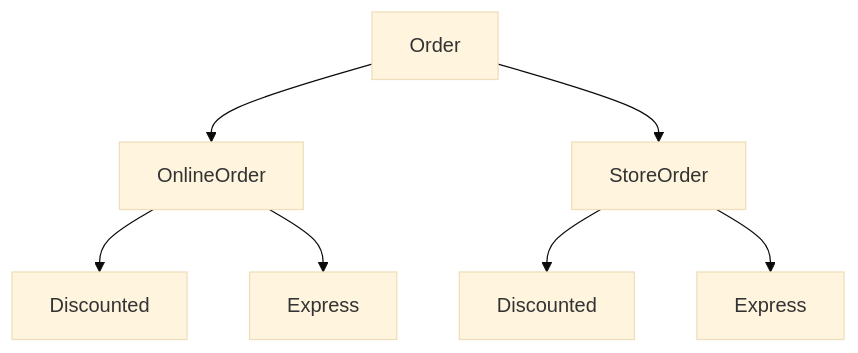
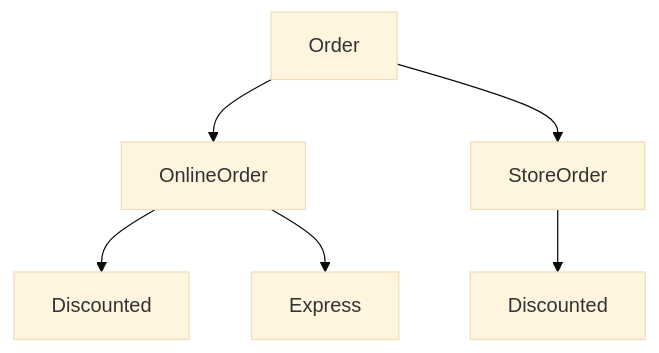
One commit to JohannesKlauss/functional-domain-modeling changed the third of 5 diagrams in slides.md. Above: the diagram before and after it, drawn with Mermaid (base theme). The commit also changed other lines of this file, not shown here.

````diff
--- a/slides.md
+++ b/slides.md
@@ -85,6 +85,6 @@
 ```mermaid
 flowchart TB
   Order --> OnlineOrder & StoreOrder
   OnlineOrder --> OnlineDiscount[Discounted] & OnlineExpress[Express]
-  StoreOrder --> StoreDiscount[Discounted] & StoreExpress[Express]
+  StoreOrder --> StoreDiscount[Discounted]
 ```
````
